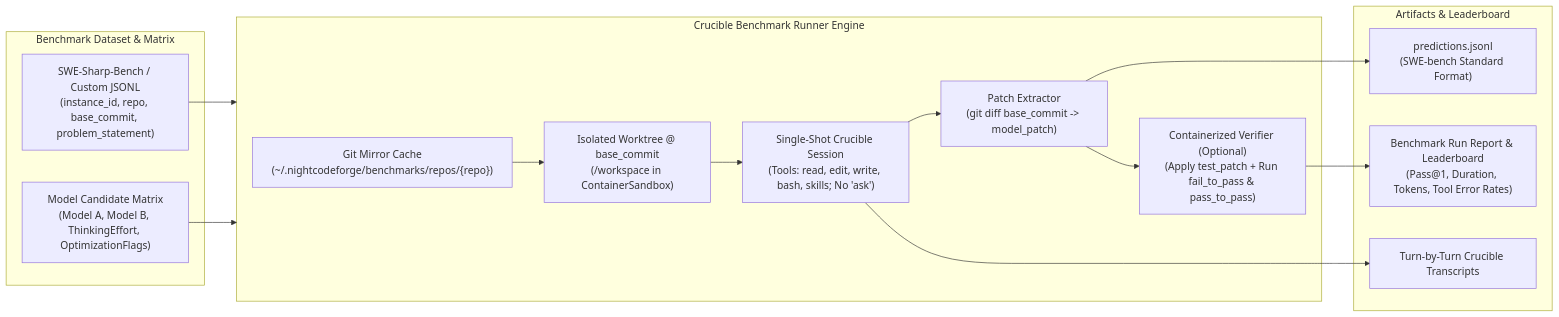
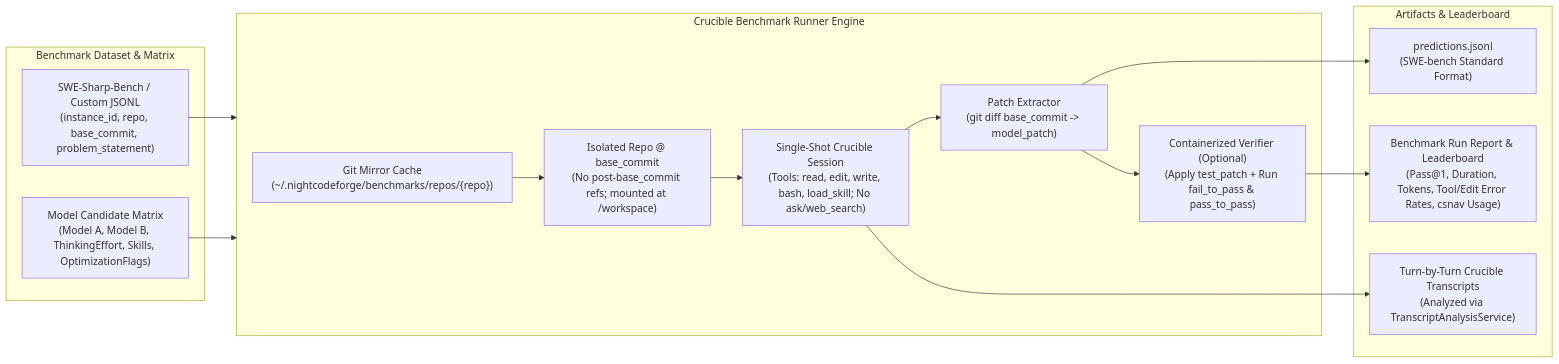
One commit to jetelain/NightCodeForge changed the diagram in docs/plan/phase-12/STEP_12_23_CRUCIBLE_SWE_BENCHMARK_RUNNER.md. Above: the diagram before and after it, drawn with Mermaid. The commit also changed other lines of this file and 4 other files, not shown here.

````diff
--- a/docs/plan/phase-12/STEP_12_23_CRUCIBLE_SWE_BENCHMARK_RUNNER.md
+++ b/docs/plan/phase-12/STEP_12_23_CRUCIBLE_SWE_BENCHMARK_RUNNER.md
@@ -43,28 +43,28 @@
 ```mermaid
 flowchart LR
     subgraph Input ["Benchmark Dataset & Matrix"]
         Dataset["SWE-Sharp-Bench / Custom JSONL<br/>(instance_id, repo, base_commit, problem_statement)"]
-        Matrix["Model Candidate Matrix<br/>(Model A, Model B, ThinkingEffort, OptimizationFlags)"]
+        Matrix["Model Candidate Matrix<br/>(Model A, Model B, ThinkingEffort, Skills, OptimizationFlags)"]
     end
 
     subgraph Runner ["Crucible Benchmark Runner Engine"]
         RepoCache["Git Mirror Cache<br/>(~/.nightcodeforge/benchmarks/repos/{repo})"]
-        Worktree["Isolated Worktree @ base_commit<br/>(/workspace in ContainerSandbox)"]
-        Crucible["Single-Shot Crucible Session<br/>(Tools: read, edit, write, bash, skills; No 'ask')"]
+        Workspace["Isolated Repo @ base_commit<br/>(No post-base_commit refs; mounted at /workspace)"]
+        Crucible["Single-Shot Crucible Session<br/>(Tools: read, edit, write, bash, load_skill; No ask/web_search)"]
         DiffCap["Patch Extractor<br/>(git diff base_commit -> model_patch)"]
         Verifier["Containerized Verifier (Optional)<br/>(Apply test_patch + Run fail_to_pass & pass_to_pass)"]
     end
 
     subgraph Output ["Artifacts & Leaderboard"]
         Preds["predictions.jsonl<br/>(SWE-bench Standard Format)"]
-        Scorecard["Benchmark Run Report & Leaderboard<br/>(Pass@1, Duration, Tokens, Tool Error Rates)"]
-        Transcripts["Turn-by-Turn Crucible Transcripts"]
+        Scorecard["Benchmark Run Report & Leaderboard<br/>(Pass@1, Duration, Tokens, Tool/Edit Error Rates, csnav Usage)"]
+        Transcripts["Turn-by-Turn Crucible Transcripts<br/>(Analyzed via TranscriptAnalysisService)"]
     end
 
     Dataset --> Runner
     Matrix --> Runner
-    RepoCache --> Worktree --> Crucible --> DiffCap --> Verifier
+    RepoCache --> Workspace --> Crucible --> DiffCap --> Verifier
     DiffCap --> Preds
     Verifier --> Scorecard
     Crucible --> Transcripts
 ```
````
